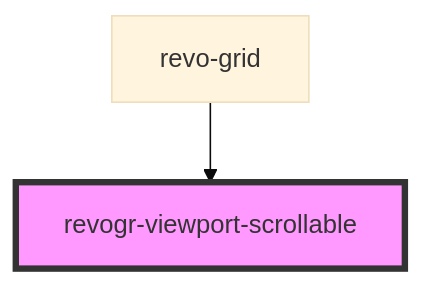
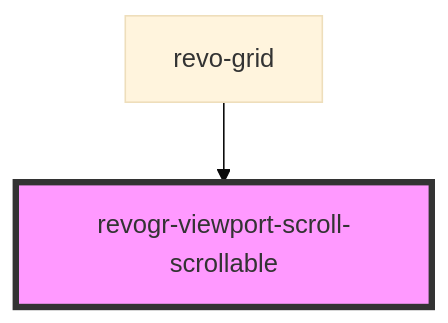
Before and after one commit to revolist/revogrid: the diagram in src/components/scrollable/readme.md, drawn with Mermaid (base theme). The commit also changed 28 other files, not shown here.

````diff
--- a/src/components/scrollable/readme.md
+++ b/src/components/scrollable/readme.md
@@ -38,5 +38,5 @@
 ```mermaid
 graph TD;
-  revo-grid --> revogr-viewport-scrollable
-  style revogr-viewport-scrollable fill:#f9f,stroke:#333,stroke-width:4px
+  revo-grid --> revogr-viewport-scroll-scrollable
+  style revogr-viewport-scroll-scrollable fill:#f9f,stroke:#333,stroke-width:4px
 ```
````
